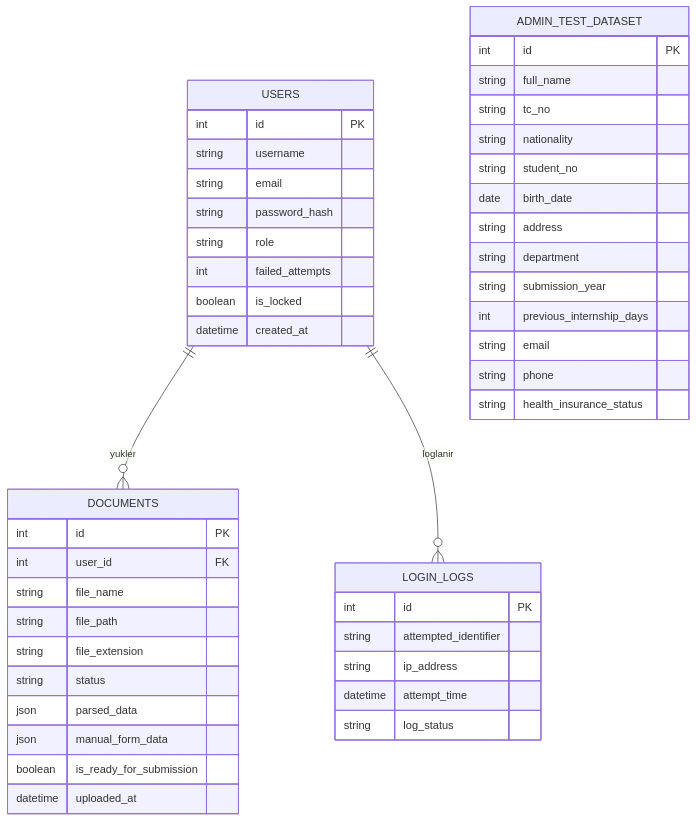
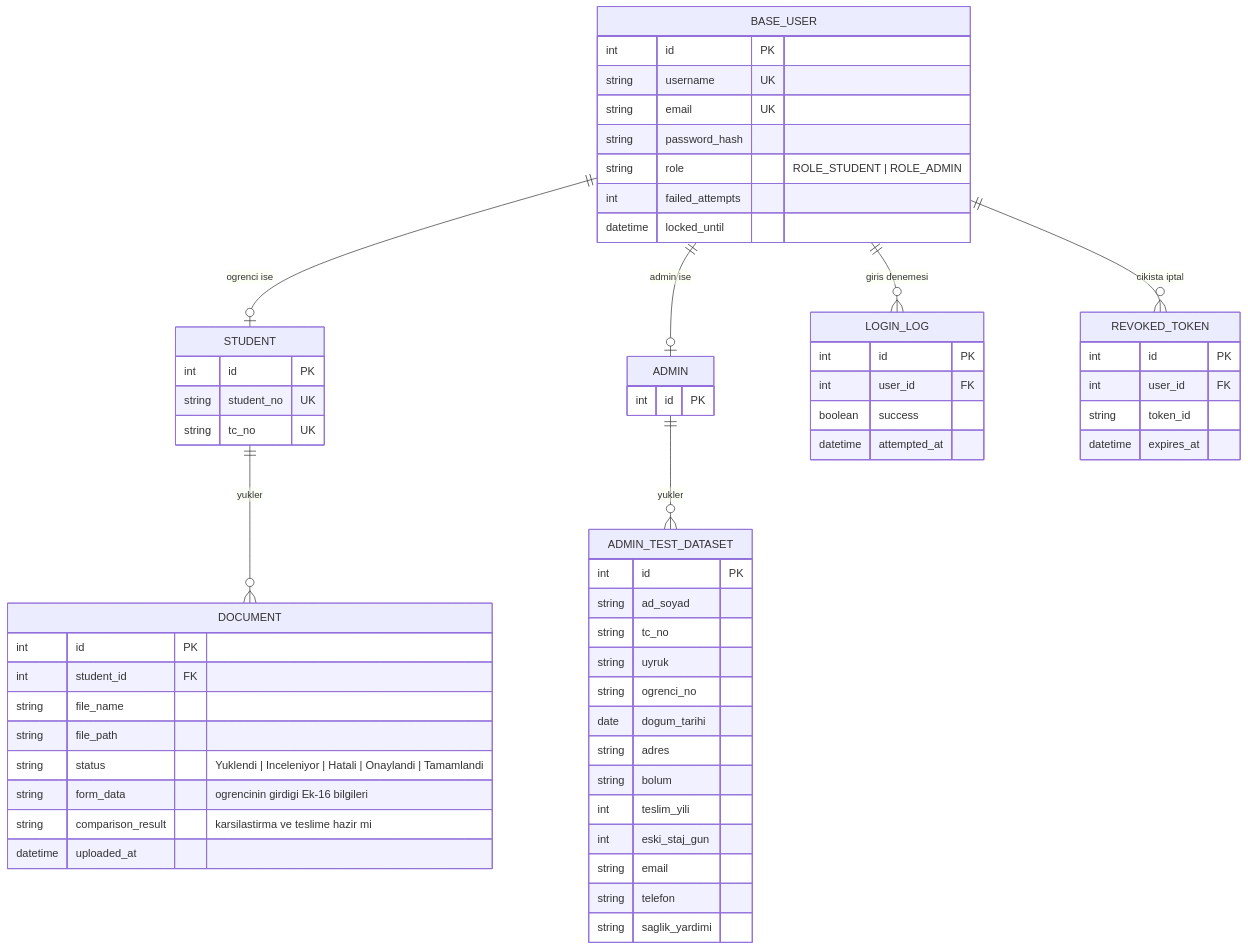
Before and after one commit to faruksrcn21-ux/staj-yonetim-sistemi: the diagram in docs/01_VERITABANI_ER_DIYAGRAMI.md, drawn with Mermaid. The commit also changed other lines of this file and 3 other files, not shown here.

Commit message:
docs: redraw diagrams for evrak dogrulama requirements

````diff
--- a/docs/01_VERITABANI_ER_DIYAGRAMI.md
+++ b/docs/01_VERITABANI_ER_DIYAGRAMI.md
@@ -71,53 +7,70 @@
 ```mermaid
 erDiagram
-    USERS ||--o{ DOCUMENTS : "yukler"
-    USERS ||--o{ LOGIN_LOGS : "loglanir"
+    BASE_USER ||--o| STUDENT : "ogrenci ise"
+    BASE_USER ||--o| ADMIN : "admin ise"
+    BASE_USER ||--o{ LOGIN_LOG : "giris denemesi"
+    BASE_USER ||--o{ REVOKED_TOKEN : "cikista iptal"
+    STUDENT ||--o{ DOCUMENT : "yukler"
+    ADMIN ||--o{ ADMIN_TEST_DATASET : "yukler"
 
-    USERS {
+    BASE_USER {
         int id PK
-        string username
-        string email
+        string username UK
+        string email UK
         string password_hash
-        string role
+        string role "ROLE_STUDENT | ROLE_ADMIN"
         int failed_attempts
-        boolean is_locked
-        datetime created_at
+        datetime locked_until
     }
 
-    DOCUMENTS {
+    STUDENT {
         int id PK
-        int user_id FK
-        string file_name
-        string file_path
-        string file_extension
-        string status
-        json parsed_data
-        json manual_form_data
-        boolean is_ready_for_submission
-        datetime uploaded_at
+        string student_no UK
+        string tc_no UK
+    }
+
+    ADMIN {
+        int id PK
     }
 
     ADMIN_TEST_DATASET {
         int id PK
-        string full_name
+        string ad_soyad
         string tc_no
-        string nationality
-        string student_no
-        date birth_date
-        string address
-        string department
-        string submission_year
-        int previous_internship_days
+        string uyruk
+        string ogrenci_no
+        date dogum_tarihi
+        string adres
+        string bolum
+        int teslim_yili
+        int eski_staj_gun
         string email
-        string phone
-        string health_insurance_status
+        string telefon
+        string saglik_yardimi
     }
 
-    LOGIN_LOGS {
+    DOCUMENT {
         int id PK
-        string attempted_identifier
-        string ip_address
-        datetime attempt_time
-        string log_status
+        int student_id FK
+        string file_name
+        string file_path
+        string status "Yuklendi | Inceleniyor | Hatali | Onaylandi | Tamamlandi"
+        string form_data "ogrencinin girdigi Ek-16 bilgileri"
+        string comparison_result "karsilastirma ve teslime hazir mi"
+        datetime uploaded_at
+    }
+
+    LOGIN_LOG {
+        int id PK
+        int user_id FK
+        boolean success
+        datetime attempted_at
+    }
+
+    REVOKED_TOKEN {
+        int id PK
+        int user_id FK
+        string token_id
+        datetime expires_at
     }
 ```
````
